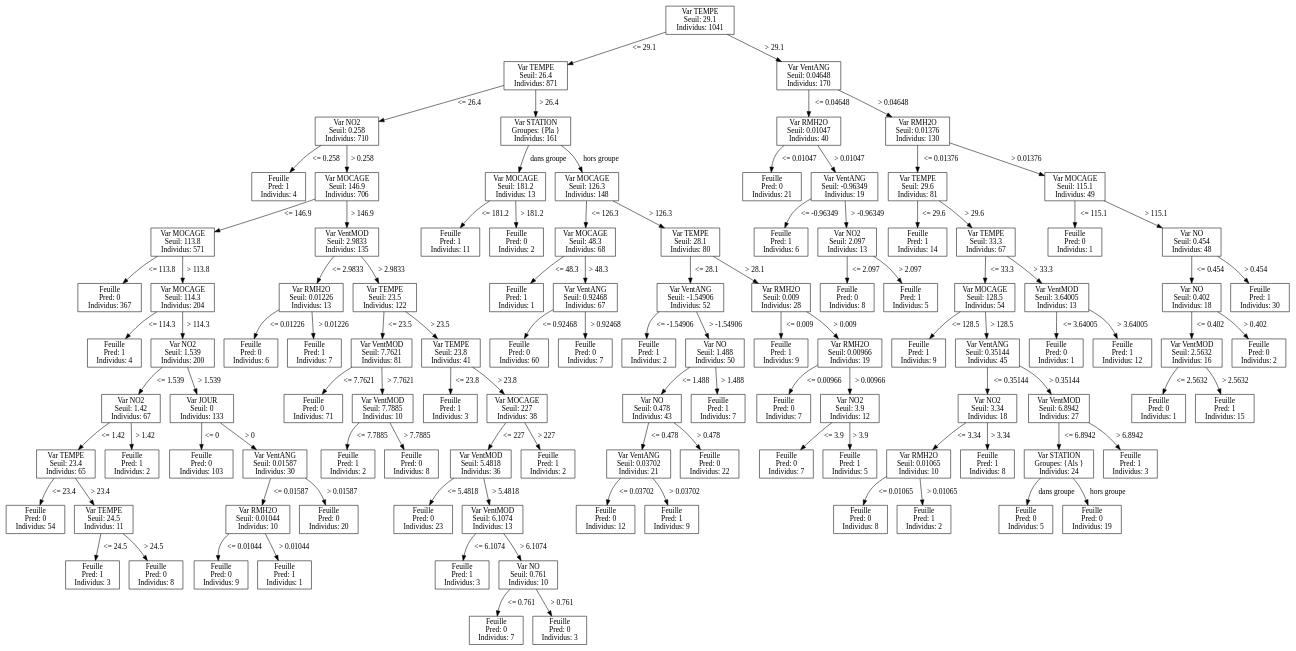
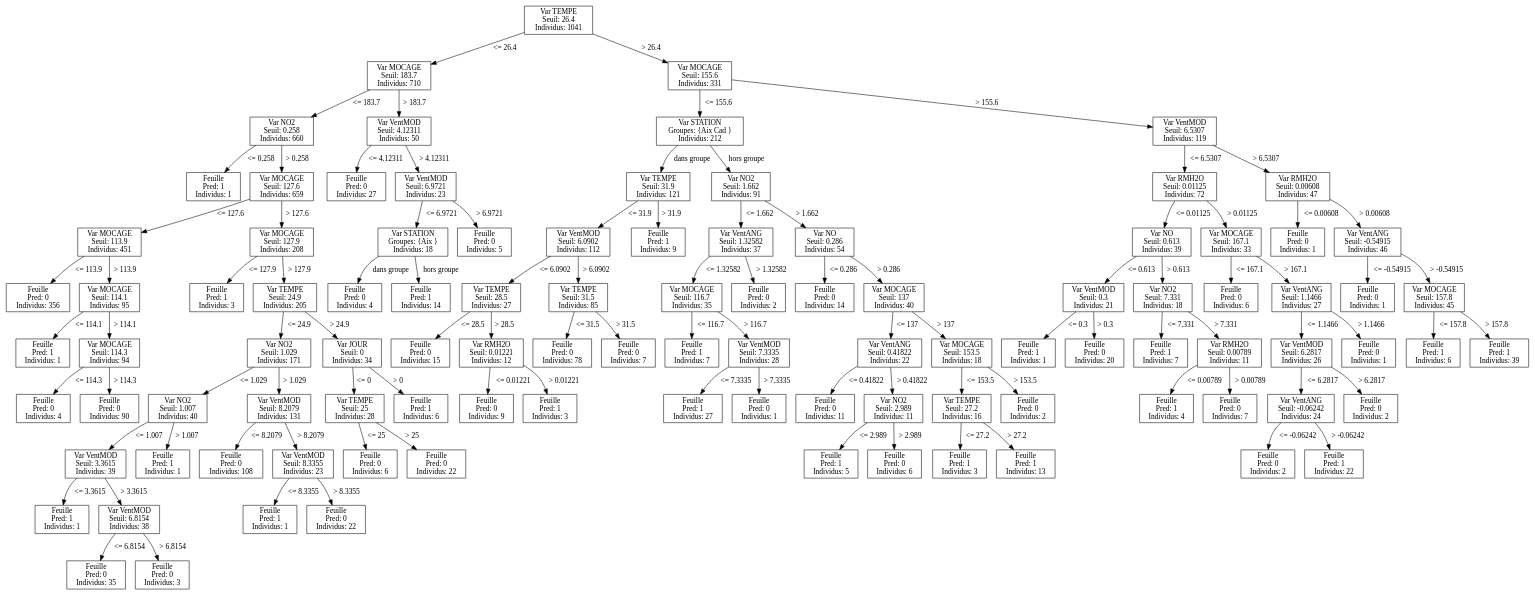
One commit to Narcisse-sudo/Binary-Tree-C- changed the diagram in ArbreNum1Bagging.dot. Above: the diagram before and after it, drawn with Graphviz. The commit also changed 7 other files, not shown here.

```diff
--- a/ArbreNum1Bagging.dot
+++ b/ArbreNum1Bagging.dot
@@ -1,220 +1,204 @@
 digraph Arbre {
   node [shape=box];
-  0 [label="Var TEMPE\nSeuil: 29.1\nIndividus: 1041"];
-  1 [label="Var TEMPE\nSeuil: 26.4\nIndividus: 871"];
-  2 [label="Var NO2\nSeuil: 0.258\nIndividus: 710"];
-  3 [label="Feuille\n Pred: 1\nIndividus: 4"];
+  0 [label="Var TEMPE\nSeuil: 26.4\nIndividus: 1041"];
+  1 [label="Var MOCAGE\nSeuil: 183.7\nIndividus: 710"];
+  2 [label="Var NO2\nSeuil: 0.258\nIndividus: 660"];
+  3 [label="Feuille\n Pred: 1\nIndividus: 1"];
   2 -> 3 [label="<= 0.258"];
-  4 [label="Var MOCAGE\nSeuil: 146.9\nIndividus: 706"];
-  5 [label="Var MOCAGE\nSeuil: 113.8\nIndividus: 571"];
-  6 [label="Feuille\n Pred: 0\nIndividus: 367"];
-  5 -> 6 [label="<= 113.8"];
-  7 [label="Var MOCAGE\nSeuil: 114.3\nIndividus: 204"];
-  8 [label="Feuille\n Pred: 1\nIndividus: 4"];
-  7 -> 8 [label="<= 114.3"];
-  9 [label="Var NO2\nSeuil: 1.539\nIndividus: 200"];
-  10 [label="Var NO2\nSeuil: 1.42\nIndividus: 67"];
-  11 [label="Var TEMPE\nSeuil: 23.4\nIndividus: 65"];
-  12 [label="Feuille\n Pred: 0\nIndividus: 54"];
-  11 -> 12 [label="<= 23.4"];
-  13 [label="Var TEMPE\nSeuil: 24.5\nIndividus: 11"];
-  14 [label="Feuille\n Pred: 1\nIndividus: 3"];
-  13 -> 14 [label="<= 24.5"];
-  15 [label="Feuille\n Pred: 0\nIndividus: 8"];
-  13 -> 15 [label="> 24.5"];
-  11 -> 13 [label="> 23.4"];
-  10 -> 11 [label="<= 1.42"];
-  16 [label="Feuille\n Pred: 1\nIndividus: 2"];
-  10 -> 16 [label="> 1.42"];
-  9 -> 10 [label="<= 1.539"];
-  17 [label="Var JOUR\nSeuil: 0\nIndividus: 133"];
-  18 [label="Feuille\n Pred: 0\nIndividus: 103"];
-  17 -> 18 [label="<= 0"];
-  19 [label="Var VentANG\nSeuil: 0.01587\nIndividus: 30"];
-  20 [label="Var RMH2O\nSeuil: 0.01044\nIndividus: 10"];
-  21 [label="Feuille\n Pred: 0\nIndividus: 9"];
-  20 -> 21 [label="<= 0.01044"];
+  4 [label="Var MOCAGE\nSeuil: 127.6\nIndividus: 659"];
+  5 [label="Var MOCAGE\nSeuil: 113.9\nIndividus: 451"];
+  6 [label="Feuille\n Pred: 0\nIndividus: 356"];
+  5 -> 6 [label="<= 113.9"];
+  7 [label="Var MOCAGE\nSeuil: 114.1\nIndividus: 95"];
+  8 [label="Feuille\n Pred: 1\nIndividus: 1"];
+  7 -> 8 [label="<= 114.1"];
+  9 [label="Var MOCAGE\nSeuil: 114.3\nIndividus: 94"];
+  10 [label="Feuille\n Pred: 0\nIndividus: 4"];
+  9 -> 10 [label="<= 114.3"];
+  11 [label="Feuille\n Pred: 0\nIndividus: 90"];
+  9 -> 11 [label="> 114.3"];
+  7 -> 9 [label="> 114.1"];
+  5 -> 7 [label="> 113.9"];
+  4 -> 5 [label="<= 127.6"];
+  12 [label="Var MOCAGE\nSeuil: 127.9\nIndividus: 208"];
+  13 [label="Feuille\n Pred: 1\nIndividus: 3"];
+  12 -> 13 [label="<= 127.9"];
+  14 [label="Var TEMPE\nSeuil: 24.9\nIndividus: 205"];
+  15 [label="Var NO2\nSeuil: 1.029\nIndividus: 171"];
+  16 [label="Var NO2\nSeuil: 1.007\nIndividus: 40"];
+  17 [label="Var VentMOD\nSeuil: 3.3615\nIndividus: 39"];
+  18 [label="Feuille\n Pred: 1\nIndividus: 1"];
+  17 -> 18 [label="<= 3.3615"];
+  19 [label="Var VentMOD\nSeuil: 6.8154\nIndividus: 38"];
+  20 [label="Feuille\n Pred: 0\nIndividus: 35"];
+  19 -> 20 [label="<= 6.8154"];
+  21 [label="Feuille\n Pred: 0\nIndividus: 3"];
+  19 -> 21 [label="> 6.8154"];
+  17 -> 19 [label="> 3.3615"];
+  16 -> 17 [label="<= 1.007"];
   22 [label="Feuille\n Pred: 1\nIndividus: 1"];
-  20 -> 22 [label="> 0.01044"];
-  19 -> 20 [label="<= 0.01587"];
-  23 [label="Feuille\n Pred: 0\nIndividus: 20"];
-  19 -> 23 [label="> 0.01587"];
-  17 -> 19 [label="> 0"];
-  9 -> 17 [label="> 1.539"];
-  7 -> 9 [label="> 114.3"];
-  5 -> 7 [label="> 113.8"];
-  4 -> 5 [label="<= 146.9"];
-  24 [label="Var VentMOD\nSeuil: 2.9833\nIndividus: 135"];
-  25 [label="Var RMH2O\nSeuil: 0.01226\nIndividus: 13"];
-  26 [label="Feuille\n Pred: 0\nIndividus: 6"];
-  25 -> 26 [label="<= 0.01226"];
-  27 [label="Feuille\n Pred: 1\nIndividus: 7"];
-  25 -> 27 [label="> 0.01226"];
-  24 -> 25 [label="<= 2.9833"];
-  28 [label="Var TEMPE\nSeuil: 23.5\nIndividus: 122"];
-  29 [label="Var VentMOD\nSeuil: 7.7621\nIndividus: 81"];
-  30 [label="Feuille\n Pred: 0\nIndividus: 71"];
-  29 -> 30 [label="<= 7.7621"];
-  31 [label="Var VentMOD\nSeuil: 7.7885\nIndividus: 10"];
-  32 [label="Feuille\n Pred: 1\nIndividus: 2"];
-  31 -> 32 [label="<= 7.7885"];
-  33 [label="Feuille\n Pred: 0\nIndividus: 8"];
-  31 -> 33 [label="> 7.7885"];
-  29 -> 31 [label="> 7.7621"];
-  28 -> 29 [label="<= 23.5"];
-  34 [label="Var TEMPE\nSeuil: 23.8\nIndividus: 41"];
-  35 [label="Feuille\n Pred: 1\nIndividus: 3"];
-  34 -> 35 [label="<= 23.8"];
-  36 [label="Var MOCAGE\nSeuil: 227\nIndividus: 38"];
-  37 [label="Var VentMOD\nSeuil: 5.4818\nIndividus: 36"];
-  38 [label="Feuille\n Pred: 0\nIndividus: 23"];
-  37 -> 38 [label="<= 5.4818"];
-  39 [label="Var VentMOD\nSeuil: 6.1074\nIndividus: 13"];
-  40 [label="Feuille\n Pred: 1\nIndividus: 3"];
-  39 -> 40 [label="<= 6.1074"];
-  41 [label="Var NO\nSeuil: 0.761\nIndividus: 10"];
-  42 [label="Feuille\n Pred: 0\nIndividus: 7"];
-  41 -> 42 [label="<= 0.761"];
-  43 [label="Feuille\n Pred: 0\nIndividus: 3"];
-  41 -> 43 [label="> 0.761"];
-  39 -> 41 [label="> 6.1074"];
-  37 -> 39 [label="> 5.4818"];
-  36 -> 37 [label="<= 227"];
-  44 [label="Feuille\n Pred: 1\nIndividus: 2"];
-  36 -> 44 [label="> 227"];
-  34 -> 36 [label="> 23.8"];
-  28 -> 34 [label="> 23.5"];
-  24 -> 28 [label="> 2.9833"];
-  4 -> 24 [label="> 146.9"];
+  16 -> 22 [label="> 1.007"];
+  15 -> 16 [label="<= 1.029"];
+  23 [label="Var VentMOD\nSeuil: 8.2079\nIndividus: 131"];
+  24 [label="Feuille\n Pred: 0\nIndividus: 108"];
+  23 -> 24 [label="<= 8.2079"];
+  25 [label="Var VentMOD\nSeuil: 8.3355\nIndividus: 23"];
+  26 [label="Feuille\n Pred: 1\nIndividus: 1"];
+  25 -> 26 [label="<= 8.3355"];
+  27 [label="Feuille\n Pred: 0\nIndividus: 22"];
+  25 -> 27 [label="> 8.3355"];
+  23 -> 25 [label="> 8.2079"];
+  15 -> 23 [label="> 1.029"];
+  14 -> 15 [label="<= 24.9"];
+  28 [label="Var JOUR\nSeuil: 0\nIndividus: 34"];
+  29 [label="Var TEMPE\nSeuil: 25\nIndividus: 28"];
+  30 [label="Feuille\n Pred: 0\nIndividus: 6"];
+  29 -> 30 [label="<= 25"];
+  31 [label="Feuille\n Pred: 0\nIndividus: 22"];
+  29 -> 31 [label="> 25"];
+  28 -> 29 [label="<= 0"];
+  32 [label="Feuille\n Pred: 1\nIndividus: 6"];
+  28 -> 32 [label="> 0"];
+  14 -> 28 [label="> 24.9"];
+  12 -> 14 [label="> 127.9"];
+  4 -> 12 [label="> 127.6"];
   2 -> 4 [label="> 0.258"];
-  1 -> 2 [label="<= 26.4"];
-  45 [label="Var STATION\nGroupes: {Pla }\nIndividus: 161"];
-  46 [label="Var MOCAGE\nSeuil: 181.2\nIndividus: 13"];
-  47 [label="Feuille\n Pred: 1\nIndividus: 11"];
-  46 -> 47 [label="<= 181.2"];
-  48 [label="Feuille\n Pred: 0\nIndividus: 2"];
-  46 -> 48 [label="> 181.2"];
-  45 -> 46 [label="dans groupe"];
-  49 [label="Var MOCAGE\nSeuil: 126.3\nIndividus: 148"];
-  50 [label="Var MOCAGE\nSeuil: 48.3\nIndividus: 68"];
-  51 [label="Feuille\n Pred: 1\nIndividus: 1"];
-  50 -> 51 [label="<= 48.3"];
-  52 [label="Var VentANG\nSeuil: 0.92468\nIndividus: 67"];
-  53 [label="Feuille\n Pred: 0\nIndividus: 60"];
-  52 -> 53 [label="<= 0.92468"];
-  54 [label="Feuille\n Pred: 0\nIndividus: 7"];
-  52 -> 54 [label="> 0.92468"];
-  50 -> 52 [label="> 48.3"];
-  49 -> 50 [label="<= 126.3"];
-  55 [label="Var TEMPE\nSeuil: 28.1\nIndividus: 80"];
-  56 [label="Var VentANG\nSeuil: -1.54906\nIndividus: 52"];
-  57 [label="Feuille\n Pred: 1\nIndividus: 2"];
-  56 -> 57 [label="<= -1.54906"];
-  58 [label="Var NO\nSeuil: 1.488\nIndividus: 50"];
-  59 [label="Var NO\nSeuil: 0.478\nIndividus: 43"];
-  60 [label="Var VentANG\nSeuil: 0.03702\nIndividus: 21"];
-  61 [label="Feuille\n Pred: 0\nIndividus: 12"];
-  60 -> 61 [label="<= 0.03702"];
-  62 [label="Feuille\n Pred: 1\nIndividus: 9"];
-  60 -> 62 [label="> 0.03702"];
-  59 -> 60 [label="<= 0.478"];
-  63 [label="Feuille\n Pred: 0\nIndividus: 22"];
-  59 -> 63 [label="> 0.478"];
-  58 -> 59 [label="<= 1.488"];
-  64 [label="Feuille\n Pred: 1\nIndividus: 7"];
-  58 -> 64 [label="> 1.488"];
-  56 -> 58 [label="> -1.54906"];
-  55 -> 56 [label="<= 28.1"];
-  65 [label="Var RMH2O\nSeuil: 0.009\nIndividus: 28"];
-  66 [label="Feuille\n Pred: 1\nIndividus: 9"];
-  65 -> 66 [label="<= 0.009"];
-  67 [label="Var RMH2O\nSeuil: 0.00966\nIndividus: 19"];
-  68 [label="Feuille\n Pred: 0\nIndividus: 7"];
-  67 -> 68 [label="<= 0.00966"];
-  69 [label="Var NO2\nSeuil: 3.9\nIndividus: 12"];
-  70 [label="Feuille\n Pred: 0\nIndividus: 7"];
-  69 -> 70 [label="<= 3.9"];
-  71 [label="Feuille\n Pred: 1\nIndividus: 5"];
-  69 -> 71 [label="> 3.9"];
-  67 -> 69 [label="> 0.00966"];
-  65 -> 67 [label="> 0.009"];
-  55 -> 65 [label="> 28.1"];
-  49 -> 55 [label="> 126.3"];
-  45 -> 49 [label="hors groupe"];
-  1 -> 45 [label="> 26.4"];
-  0 -> 1 [label="<= 29.1"];
-  72 [label="Var VentANG\nSeuil: 0.04648\nIndividus: 170"];
-  73 [label="Var RMH2O\nSeuil: 0.01047\nIndividus: 40"];
-  74 [label="Feuille\n Pred: 0\nIndividus: 21"];
-  73 -> 74 [label="<= 0.01047"];
-  75 [label="Var VentANG\nSeuil: -0.96349\nIndividus: 19"];
-  76 [label="Feuille\n Pred: 1\nIndividus: 6"];
-  75 -> 76 [label="<= -0.96349"];
-  77 [label="Var NO2\nSeuil: 2.097\nIndividus: 13"];
-  78 [label="Feuille\n Pred: 0\nIndividus: 8"];
-  77 -> 78 [label="<= 2.097"];
-  79 [label="Feuille\n Pred: 1\nIndividus: 5"];
-  77 -> 79 [label="> 2.097"];
-  75 -> 77 [label="> -0.96349"];
-  73 -> 75 [label="> 0.01047"];
-  72 -> 73 [label="<= 0.04648"];
-  80 [label="Var RMH2O\nSeuil: 0.01376\nIndividus: 130"];
-  81 [label="Var TEMPE\nSeuil: 29.6\nIndividus: 81"];
-  82 [label="Feuille\n Pred: 1\nIndividus: 14"];
-  81 -> 82 [label="<= 29.6"];
-  83 [label="Var TEMPE\nSeuil: 33.3\nIndividus: 67"];
-  84 [label="Var MOCAGE\nSeuil: 128.5\nIndividus: 54"];
-  85 [label="Feuille\n Pred: 1\nIndividus: 9"];
-  84 -> 85 [label="<= 128.5"];
-  86 [label="Var VentANG\nSeuil: 0.35144\nIndividus: 45"];
-  87 [label="Var NO2\nSeuil: 3.34\nIndividus: 18"];
-  88 [label="Var RMH2O\nSeuil: 0.01065\nIndividus: 10"];
-  89 [label="Feuille\n Pred: 0\nIndividus: 8"];
-  88 -> 89 [label="<= 0.01065"];
-  90 [label="Feuille\n Pred: 1\nIndividus: 2"];
-  88 -> 90 [label="> 0.01065"];
-  87 -> 88 [label="<= 3.34"];
-  91 [label="Feuille\n Pred: 1\nIndividus: 8"];
-  87 -> 91 [label="> 3.34"];
-  86 -> 87 [label="<= 0.35144"];
-  92 [label="Var VentMOD\nSeuil: 6.8942\nIndividus: 27"];
-  93 [label="Var STATION\nGroupes: {Als }\nIndividus: 24"];
-  94 [label="Feuille\n Pred: 0\nIndividus: 5"];
-  93 -> 94 [label="dans groupe"];
-  95 [label="Feuille\n Pred: 0\nIndividus: 19"];
-  93 -> 95 [label="hors groupe"];
-  92 -> 93 [label="<= 6.8942"];
-  96 [label="Feuille\n Pred: 1\nIndividus: 3"];
-  92 -> 96 [label="> 6.8942"];
-  86 -> 92 [label="> 0.35144"];
-  84 -> 86 [label="> 128.5"];
-  83 -> 84 [label="<= 33.3"];
-  97 [label="Var VentMOD\nSeuil: 3.64005\nIndividus: 13"];
-  98 [label="Feuille\n Pred: 0\nIndividus: 1"];
-  97 -> 98 [label="<= 3.64005"];
-  99 [label="Feuille\n Pred: 1\nIndividus: 12"];
-  97 -> 99 [label="> 3.64005"];
-  83 -> 97 [label="> 33.3"];
-  81 -> 83 [label="> 29.6"];
-  80 -> 81 [label="<= 0.01376"];
-  100 [label="Var MOCAGE\nSeuil: 115.1\nIndividus: 49"];
-  101 [label="Feuille\n Pred: 0\nIndividus: 1"];
-  100 -> 101 [label="<= 115.1"];
-  102 [label="Var NO\nSeuil: 0.454\nIndividus: 48"];
-  103 [label="Var NO\nSeuil: 0.402\nIndividus: 18"];
-  104 [label="Var VentMOD\nSeuil: 2.5632\nIndividus: 16"];
-  105 [label="Feuille\n Pred: 0\nIndividus: 1"];
-  104 -> 105 [label="<= 2.5632"];
-  106 [label="Feuille\n Pred: 1\nIndividus: 15"];
-  104 -> 106 [label="> 2.5632"];
-  103 -> 104 [label="<= 0.402"];
-  107 [label="Feuille\n Pred: 0\nIndividus: 2"];
-  103 -> 107 [label="> 0.402"];
-  102 -> 103 [label="<= 0.454"];
-  108 [label="Feuille\n Pred: 1\nIndividus: 30"];
-  102 -> 108 [label="> 0.454"];
-  100 -> 102 [label="> 115.1"];
-  80 -> 100 [label="> 0.01376"];
-  72 -> 80 [label="> 0.04648"];
-  0 -> 72 [label="> 29.1"];
+  1 -> 2 [label="<= 183.7"];
+  33 [label="Var VentMOD\nSeuil: 4.12311\nIndividus: 50"];
+  34 [label="Feuille\n Pred: 0\nIndividus: 27"];
+  33 -> 34 [label="<= 4.12311"];
+  35 [label="Var VentMOD\nSeuil: 6.9721\nIndividus: 23"];
+  36 [label="Var STATION\nGroupes: {Aix }\nIndividus: 18"];
+  37 [label="Feuille\n Pred: 0\nIndividus: 4"];
+  36 -> 37 [label="dans groupe"];
+  38 [label="Feuille\n Pred: 1\nIndividus: 14"];
+  36 -> 38 [label="hors groupe"];
+  35 -> 36 [label="<= 6.9721"];
+  39 [label="Feuille\n Pred: 0\nIndividus: 5"];
+  35 -> 39 [label="> 6.9721"];
+  33 -> 35 [label="> 4.12311"];
+  1 -> 33 [label="> 183.7"];
+  0 -> 1 [label="<= 26.4"];
+  40 [label="Var MOCAGE\nSeuil: 155.6\nIndividus: 331"];
+  41 [label="Var STATION\nGroupes: {Aix Cad }\nIndividus: 212"];
+  42 [label="Var TEMPE\nSeuil: 31.9\nIndividus: 121"];
+  43 [label="Var VentMOD\nSeuil: 6.0902\nIndividus: 112"];
+  44 [label="Var TEMPE\nSeuil: 28.5\nIndividus: 27"];
+  45 [label="Feuille\n Pred: 0\nIndividus: 15"];
+  44 -> 45 [label="<= 28.5"];
+  46 [label="Var RMH2O\nSeuil: 0.01221\nIndividus: 12"];
+  47 [label="Feuille\n Pred: 0\nIndividus: 9"];
+  46 -> 47 [label="<= 0.01221"];
+  48 [label="Feuille\n Pred: 1\nIndividus: 3"];
+  46 -> 48 [label="> 0.01221"];
+  44 -> 46 [label="> 28.5"];
+  43 -> 44 [label="<= 6.0902"];
+  49 [label="Var TEMPE\nSeuil: 31.5\nIndividus: 85"];
+  50 [label="Feuille\n Pred: 0\nIndividus: 78"];
+  49 -> 50 [label="<= 31.5"];
+  51 [label="Feuille\n Pred: 0\nIndividus: 7"];
+  49 -> 51 [label="> 31.5"];
+  43 -> 49 [label="> 6.0902"];
+  42 -> 43 [label="<= 31.9"];
+  52 [label="Feuille\n Pred: 1\nIndividus: 9"];
+  42 -> 52 [label="> 31.9"];
+  41 -> 42 [label="dans groupe"];
+  53 [label="Var NO2\nSeuil: 1.662\nIndividus: 91"];
+  54 [label="Var VentANG\nSeuil: 1.32582\nIndividus: 37"];
+  55 [label="Var MOCAGE\nSeuil: 116.7\nIndividus: 35"];
+  56 [label="Feuille\n Pred: 1\nIndividus: 7"];
+  55 -> 56 [label="<= 116.7"];
+  57 [label="Var VentMOD\nSeuil: 7.3335\nIndividus: 28"];
+  58 [label="Feuille\n Pred: 1\nIndividus: 27"];
+  57 -> 58 [label="<= 7.3335"];
+  59 [label="Feuille\n Pred: 0\nIndividus: 1"];
+  57 -> 59 [label="> 7.3335"];
+  55 -> 57 [label="> 116.7"];
+  54 -> 55 [label="<= 1.32582"];
+  60 [label="Feuille\n Pred: 0\nIndividus: 2"];
+  54 -> 60 [label="> 1.32582"];
+  53 -> 54 [label="<= 1.662"];
+  61 [label="Var NO\nSeuil: 0.286\nIndividus: 54"];
+  62 [label="Feuille\n Pred: 0\nIndividus: 14"];
+  61 -> 62 [label="<= 0.286"];
+  63 [label="Var MOCAGE\nSeuil: 137\nIndividus: 40"];
+  64 [label="Var VentANG\nSeuil: 0.41822\nIndividus: 22"];
+  65 [label="Feuille\n Pred: 0\nIndividus: 11"];
+  64 -> 65 [label="<= 0.41822"];
+  66 [label="Var NO2\nSeuil: 2.989\nIndividus: 11"];
+  67 [label="Feuille\n Pred: 1\nIndividus: 5"];
+  66 -> 67 [label="<= 2.989"];
+  68 [label="Feuille\n Pred: 0\nIndividus: 6"];
+  66 -> 68 [label="> 2.989"];
+  64 -> 66 [label="> 0.41822"];
+  63 -> 64 [label="<= 137"];
+  69 [label="Var MOCAGE\nSeuil: 153.5\nIndividus: 18"];
+  70 [label="Var TEMPE\nSeuil: 27.2\nIndividus: 16"];
+  71 [label="Feuille\n Pred: 1\nIndividus: 3"];
+  70 -> 71 [label="<= 27.2"];
+  72 [label="Feuille\n Pred: 1\nIndividus: 13"];
+  70 -> 72 [label="> 27.2"];
+  69 -> 70 [label="<= 153.5"];
+  73 [label="Feuille\n Pred: 0\nIndividus: 2"];
+  69 -> 73 [label="> 153.5"];
+  63 -> 69 [label="> 137"];
+  61 -> 63 [label="> 0.286"];
+  53 -> 61 [label="> 1.662"];
+  41 -> 53 [label="hors groupe"];
+  40 -> 41 [label="<= 155.6"];
+  74 [label="Var VentMOD\nSeuil: 6.5307\nIndividus: 119"];
+  75 [label="Var RMH2O\nSeuil: 0.01125\nIndividus: 72"];
+  76 [label="Var NO\nSeuil: 0.613\nIndividus: 39"];
+  77 [label="Var VentMOD\nSeuil: 0.3\nIndividus: 21"];
+  78 [label="Feuille\n Pred: 1\nIndividus: 1"];
+  77 -> 78 [label="<= 0.3"];
+  79 [label="Feuille\n Pred: 0\nIndividus: 20"];
+  77 -> 79 [label="> 0.3"];
+  76 -> 77 [label="<= 0.613"];
+  80 [label="Var NO2\nSeuil: 7.331\nIndividus: 18"];
+  81 [label="Feuille\n Pred: 1\nIndividus: 7"];
+  80 -> 81 [label="<= 7.331"];
+  82 [label="Var RMH2O\nSeuil: 0.00789\nIndividus: 11"];
+  83 [label="Feuille\n Pred: 1\nIndividus: 4"];
+  82 -> 83 [label="<= 0.00789"];
+  84 [label="Feuille\n Pred: 0\nIndividus: 7"];
+  82 -> 84 [label="> 0.00789"];
+  80 -> 82 [label="> 7.331"];
+  76 -> 80 [label="> 0.613"];
+  75 -> 76 [label="<= 0.01125"];
+  85 [label="Var MOCAGE\nSeuil: 167.1\nIndividus: 33"];
+  86 [label="Feuille\n Pred: 0\nIndividus: 6"];
+  85 -> 86 [label="<= 167.1"];
+  87 [label="Var VentANG\nSeuil: 1.1466\nIndividus: 27"];
+  88 [label="Var VentMOD\nSeuil: 6.2817\nIndividus: 26"];
+  89 [label="Var VentANG\nSeuil: -0.06242\nIndividus: 24"];
+  90 [label="Feuille\n Pred: 0\nIndividus: 2"];
+  89 -> 90 [label="<= -0.06242"];
+  91 [label="Feuille\n Pred: 1\nIndividus: 22"];
+  89 -> 91 [label="> -0.06242"];
+  88 -> 89 [label="<= 6.2817"];
+  92 [label="Feuille\n Pred: 0\nIndividus: 2"];
+  88 -> 92 [label="> 6.2817"];
+  87 -> 88 [label="<= 1.1466"];
+  93 [label="Feuille\n Pred: 0\nIndividus: 1"];
+  87 -> 93 [label="> 1.1466"];
+  85 -> 87 [label="> 167.1"];
+  75 -> 85 [label="> 0.01125"];
+  74 -> 75 [label="<= 6.5307"];
+  94 [label="Var RMH2O\nSeuil: 0.00608\nIndividus: 47"];
+  95 [label="Feuille\n Pred: 0\nIndividus: 1"];
+  94 -> 95 [label="<= 0.00608"];
+  96 [label="Var VentANG\nSeuil: -0.54915\nIndividus: 46"];
+  97 [label="Feuille\n Pred: 0\nIndividus: 1"];
+  96 -> 97 [label="<= -0.54915"];
+  98 [label="Var MOCAGE\nSeuil: 157.8\nIndividus: 45"];
+  99 [label="Feuille\n Pred: 1\nIndividus: 6"];
+  98 -> 99 [label="<= 157.8"];
+  100 [label="Feuille\n Pred: 1\nIndividus: 39"];
+  98 -> 100 [label="> 157.8"];
+  96 -> 98 [label="> -0.54915"];
+  94 -> 96 [label="> 0.00608"];
+  74 -> 94 [label="> 6.5307"];
+  40 -> 74 [label="> 155.6"];
+  0 -> 40 [label="> 26.4"];
 }
```
